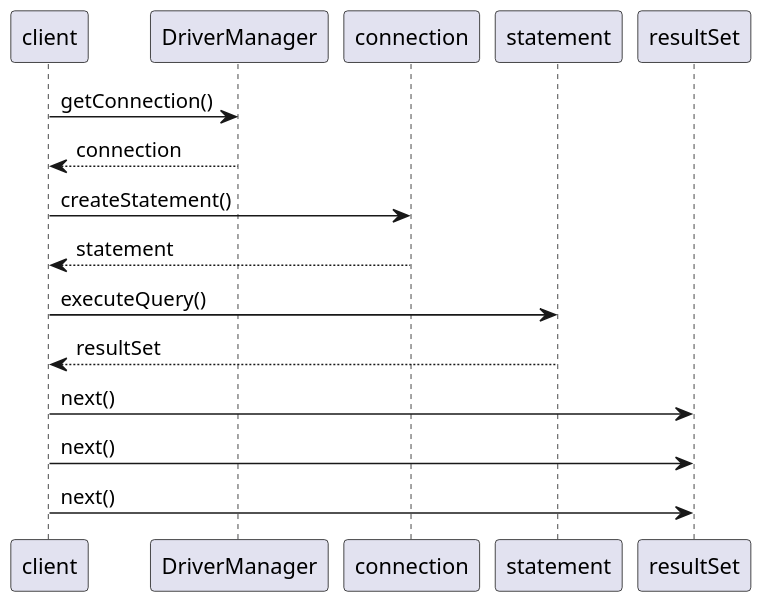
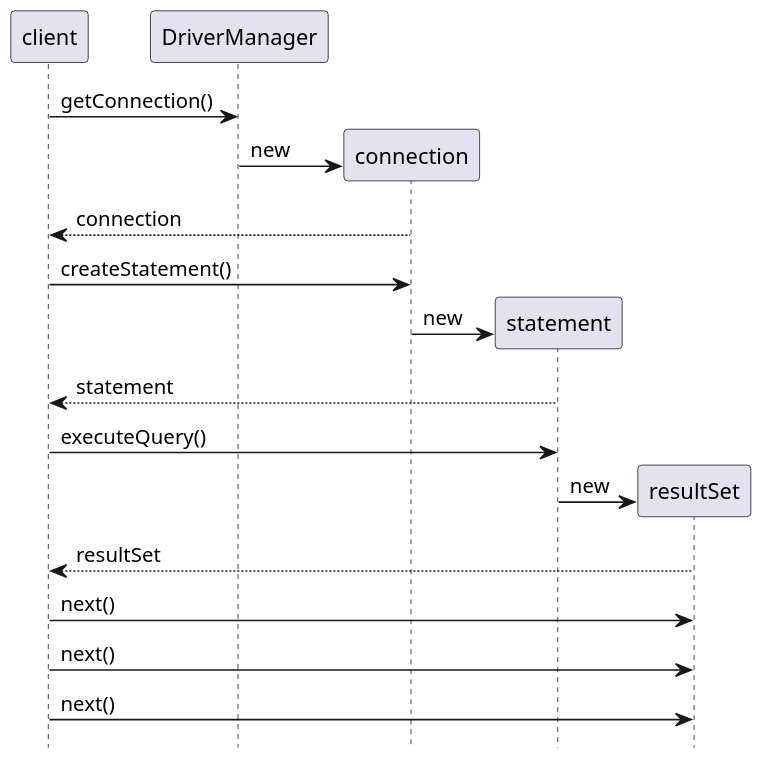
Before and after one commit to inponomarev/java-mipt: the second of 5 diagrams in slides08/src/main/asciidoc/lecture.adoc, drawn with PlantUML. The commit also changed other lines of this file and 1 other file, not shown here.

Commit message:
better sequence diagrams

```diff
--- a/slides08/src/main/asciidoc/lecture.adoc
+++ b/slides08/src/main/asciidoc/lecture.adoc
@@ -89,16 +89,21 @@
 [plantuml, sequence, png]
 ----
 skinparam dpi 150
+hide footbox
 client->DriverManager : getConnection()
-DriverManager-->client: connection
+DriverManager -> connection **: new
+
+connection-->client: connection
 
 client->connection: createStatement()
-connection-->client: statement
+connection->statement **:new
+statement-->client: statement
 
 client->statement: executeQuery()
-statement-->client: resultSet
+statement->resultSet **:new
+resultSet-->client: resultSet
 
 client->resultSet: next()
 client->resultSet: next()
 client->resultSet: next()
 ----
```
